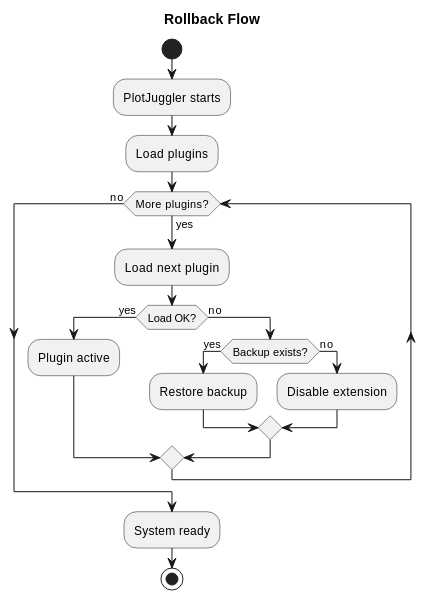
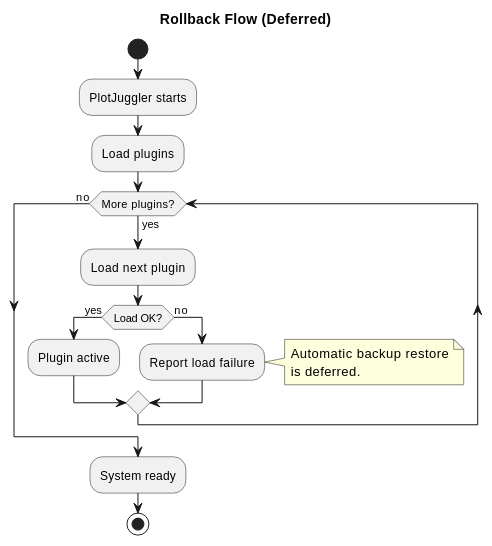
The fourth of 4 diagrams in pj_marketplace/documentation/ARCHITECTURE.md (PlotJuggler/plotjuggler_sdk), drawn with PlantUML before and after one commit. The commit also changed other lines of this file and 81 other files, not shown here.

````diff
--- a/pj_marketplace/documentation/ARCHITECTURE.md
+++ b/pj_marketplace/documentation/ARCHITECTURE.md
@@ -293,24 +339,24 @@
 ```plantuml
 @startuml
 skinparam backgroundColor white
-title Rollback Flow
+title Rollback Flow (Deferred)
 
 start
 :PlotJuggler starts;
 :Load plugins;
 while (More plugins?) is (yes)
   :Load next plugin;
   if (Load OK?) then (yes)
     :Plugin active;
   else (no)
-    if (Backup exists?) then (yes)
-      :Restore backup;
-    else (no)
-      :Disable extension;
-    endif
+    :Report load failure;
+    note right
+      Automatic backup restore
+      is deferred.
+    end note
   endif
 endwhile (no)
 :System ready;
 stop
 @enduml
 ```
````
